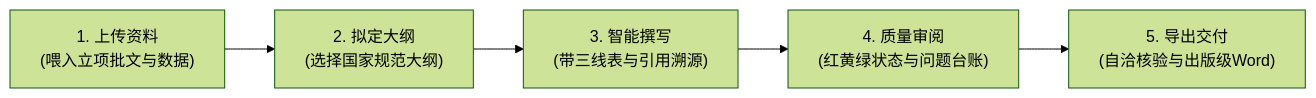
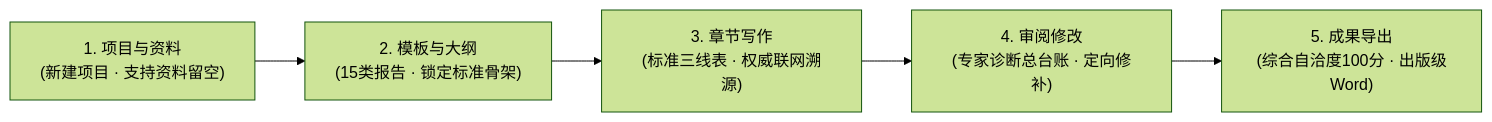
One commit to atalanta0505/FairyReport changed the diagram in docs/BEGINNER_GUIDE.md. Above: the diagram before and after it, drawn with Mermaid (forest theme). The commit also changed other lines of this file and 19 other files, not shown here.

````diff
--- a/docs/BEGINNER_GUIDE.md
+++ b/docs/BEGINNER_GUIDE.md
@@ -49,7 +49,7 @@
 ```mermaid
 flowchart LR
-    S1["1. 上传资料\n(喂入立项批文与数据)"] --> S2["2. 拟定大纲\n(选择国家规范大纲)"]
-    S2 --> S3["3. 智能撰写\n(带三线表与引用溯源)"]
-    S3 --> S4["4. 质量审阅\n(红黄绿状态与问题台账)"]
-    S4 --> S5["5. 导出交付\n(自洽核验与出版级Word)"]
+    S1["1. 项目与资料\n(新建项目 · 支持资料留空)"] --> S2["2. 模板与大纲\n(15类报告 · 锁定标准骨架)"]
+    S2 --> S3["3. 章节写作\n(标准三线表 · 权威联网溯源)"]
+    S3 --> S4["4. 审阅修改\n(专家诊断总台账 · 定向修补)"]
+    S4 --> S5["5. 成果导出\n(综合自洽度100分 · 出版级Word)"]
 ```
````
